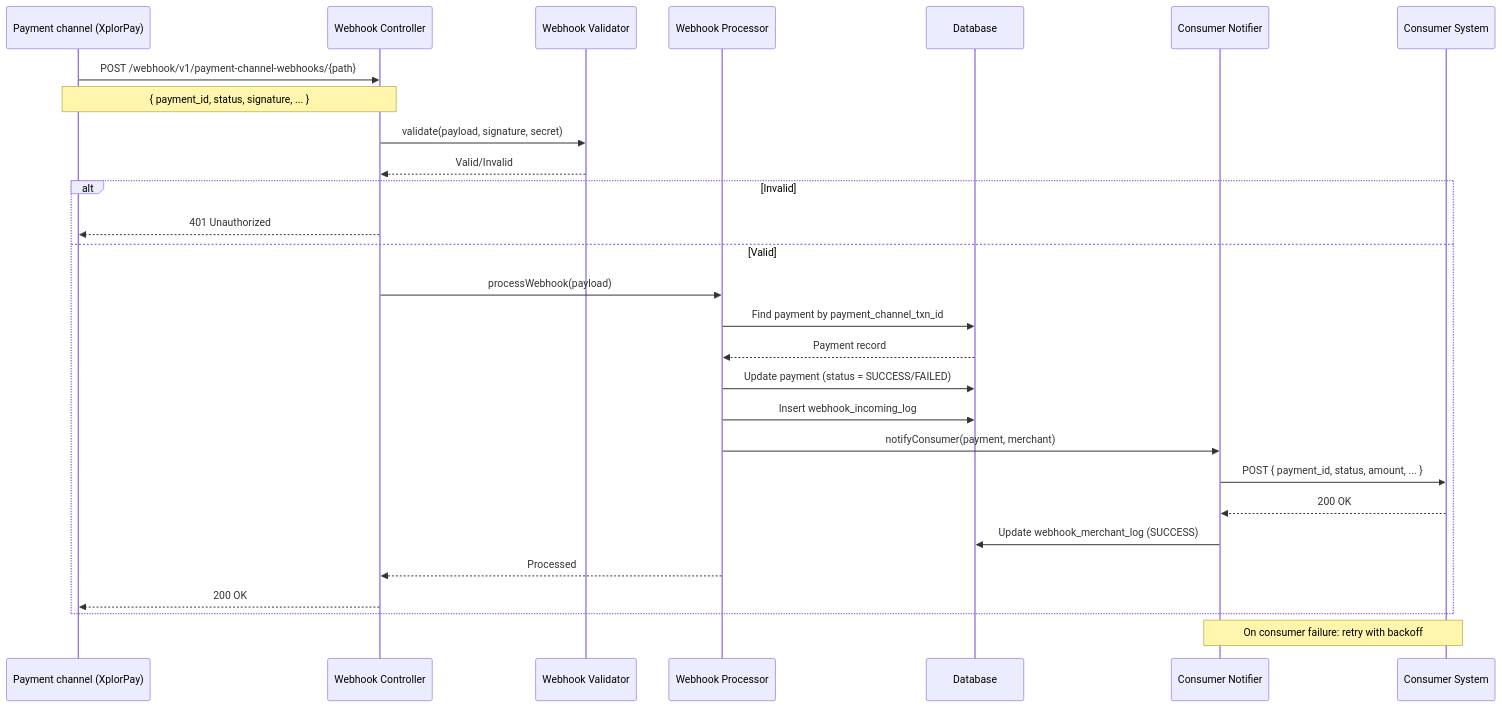
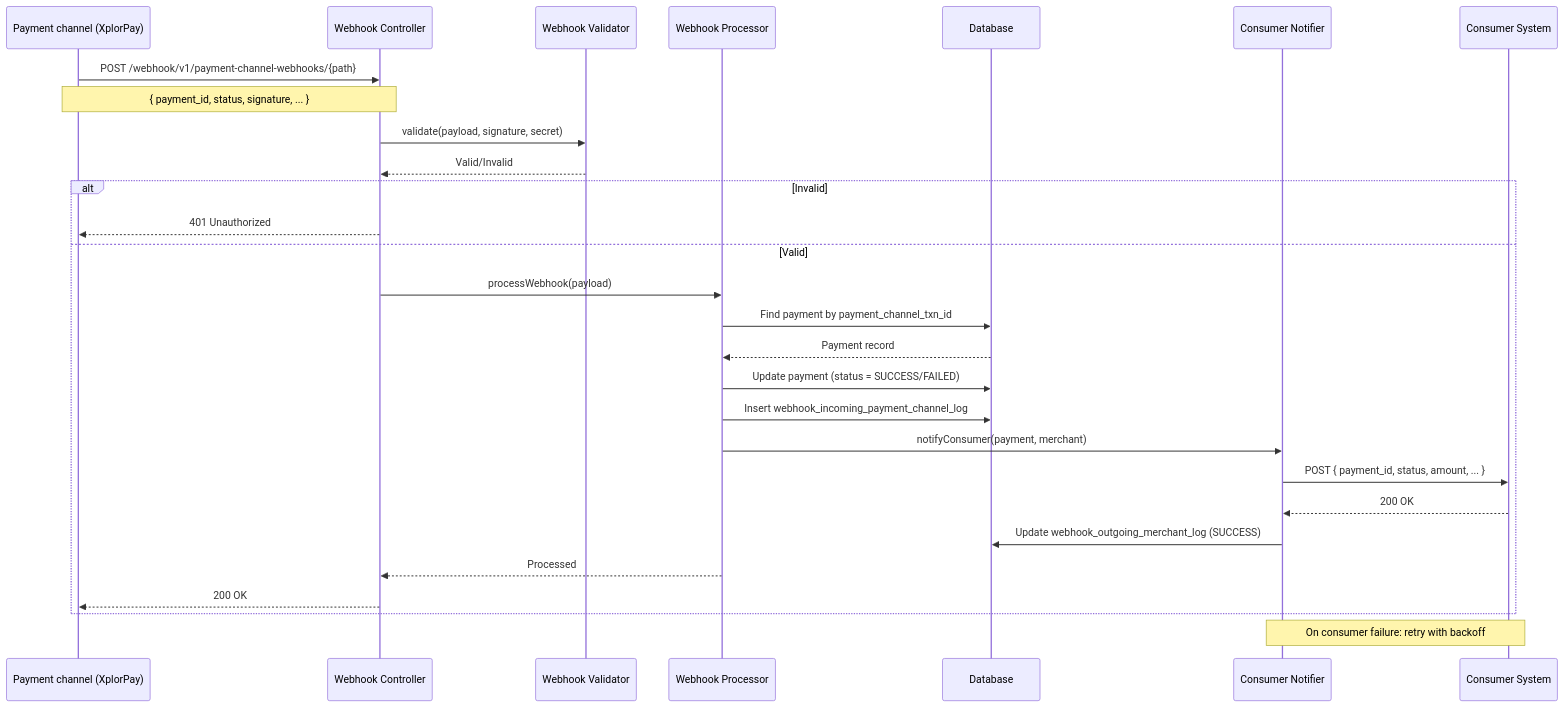
The second of 2 diagrams in docs/ARCHITECTURE.md (runalb/digi-payment-gateway), drawn with Mermaid before and after one commit. The commit also changed other lines of this file and 1 other file, not shown here.

First line of the commit message:
Align ARCHITECTURE.md with codebase changes

````diff
--- a/docs/ARCHITECTURE.md
+++ b/docs/ARCHITECTURE.md
@@ -534,39 +577,39 @@
 ```mermaid
 sequenceDiagram
     participant Channel as Payment channel (XplorPay)
     participant Webhook as Webhook Controller
     participant Validator as Webhook Validator
     participant Processor as Webhook Processor
     participant DB as Database
     participant Notifier as Consumer Notifier
     participant Consumer as Consumer System
 
     Channel->>Webhook: POST /webhook/v1/payment-channel-webhooks/{path}
     Note over Channel,Webhook: { payment_id, status, signature, ... }
 
     Webhook->>Validator: validate(payload, signature, secret)
     Validator-->>Webhook: Valid/Invalid
 
     alt Invalid
         Webhook-->>Channel: 401 Unauthorized
     else Valid
         Webhook->>Processor: processWebhook(payload)
 
         Processor->>DB: Find payment by payment_channel_txn_id
         DB-->>Processor: Payment record
 
         Processor->>DB: Update payment (status = SUCCESS/FAILED)
-        Processor->>DB: Insert webhook_incoming_log
+        Processor->>DB: Insert webhook_incoming_payment_channel_log
 
         Processor->>Notifier: notifyConsumer(payment, merchant)
 
         Notifier->>Consumer: POST { payment_id, status, amount, ... }
         Consumer-->>Notifier: 200 OK
 
-        Notifier->>DB: Update webhook_merchant_log (SUCCESS)
+        Notifier->>DB: Update webhook_outgoing_merchant_log (SUCCESS)
         Processor-->>Webhook: Processed
         Webhook-->>Channel: 200 OK
     end
 
     Note over Notifier,Consumer: On consumer failure: retry with backoff
 ```
````
